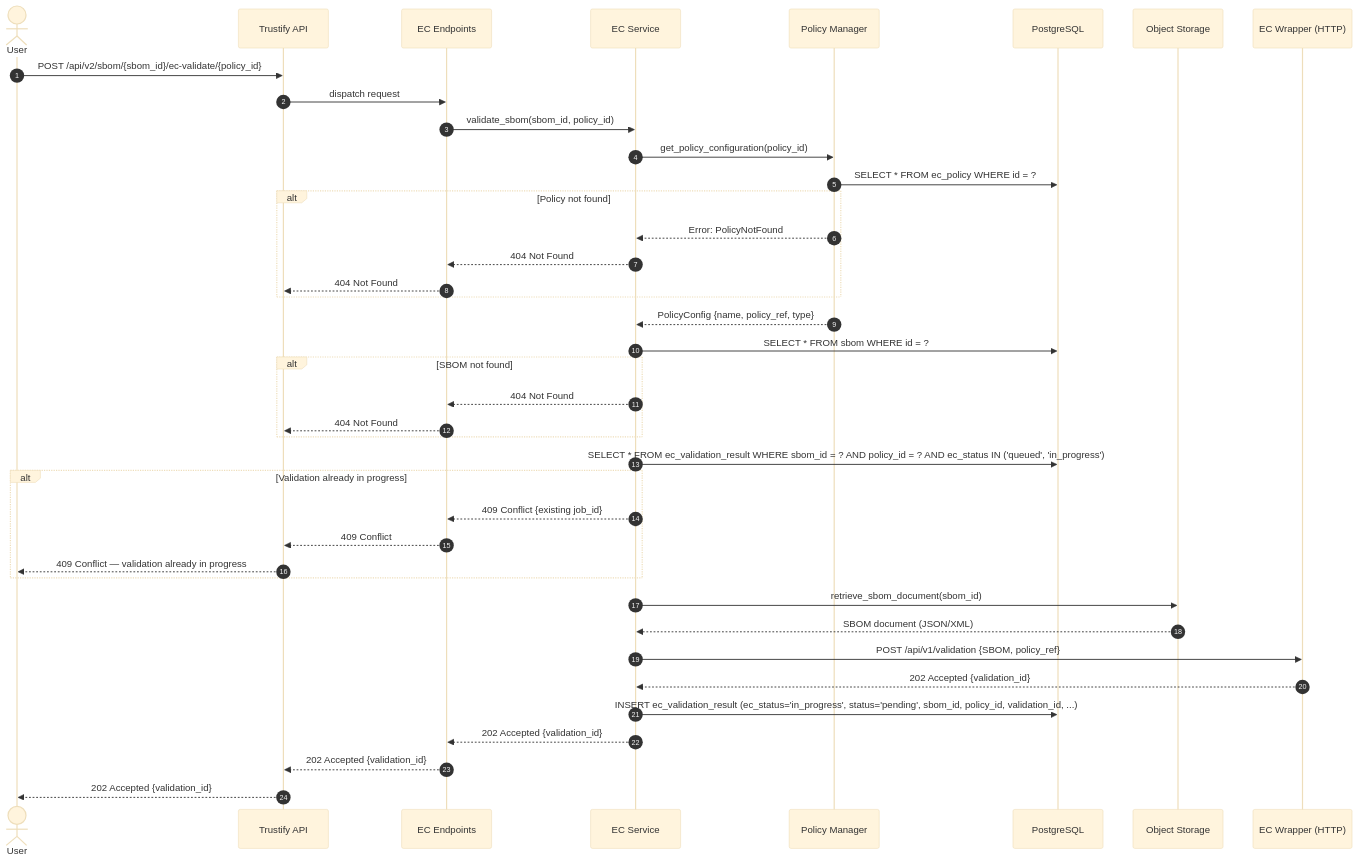
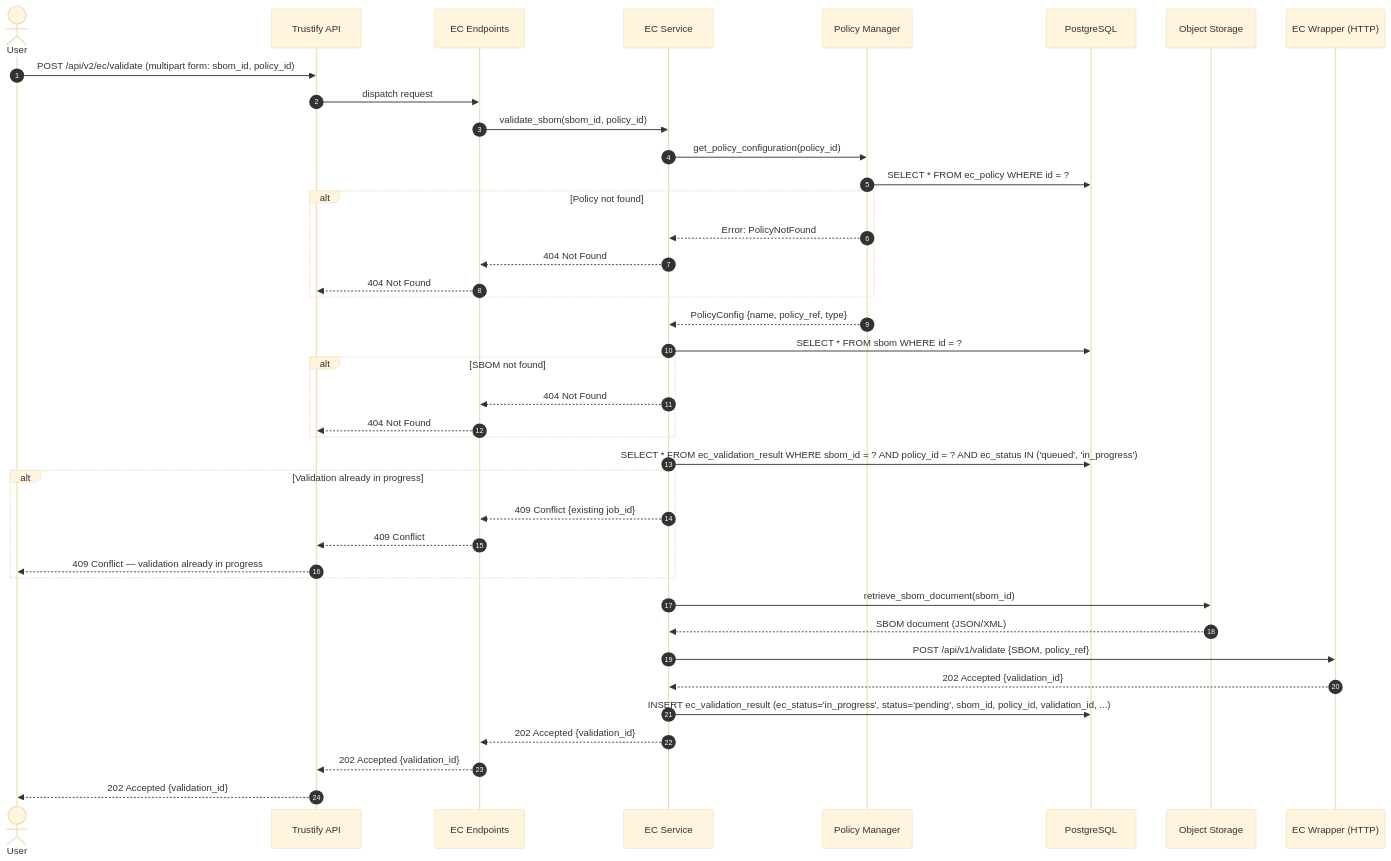
Before and after one commit to gildub/trustify: the fourth of 5 diagrams in docs/adrs/00014-enterprise-contract-integration.md, drawn with Mermaid (base theme). The commit also changed other lines of this file, not shown here.

````diff
--- a/docs/adrs/00014-enterprise-contract-integration.md
+++ b/docs/adrs/00014-enterprise-contract-integration.md
@@ -223,49 +223,49 @@
 ```mermaid
 sequenceDiagram
     autonumber
     actor User
     participant API as Trustify API
     participant EP as EC Endpoints
     participant VS as EC Service
     participant PM as Policy Manager
     participant DB as PostgreSQL
     participant S3 as Object Storage
     participant Wrapper as EC Wrapper (HTTP)
 
-    User->>API: POST /api/v2/sbom/{sbom_id}/ec-validate/{policy_id}
+    User->>API: POST /api/v2/ec/validate (multipart form: sbom_id, policy_id)
     API->>EP: dispatch request
     EP->>VS: validate_sbom(sbom_id, policy_id)
 
     VS->>PM: get_policy_configuration(policy_id)
     PM->>DB: SELECT * FROM ec_policy WHERE id = ?
     alt Policy not found
         PM-->>VS: Error: PolicyNotFound
         VS-->>EP: 404 Not Found
         EP-->>API: 404 Not Found
     end
     PM-->>VS: PolicyConfig {name, policy_ref, type}
 
     VS->>DB: SELECT * FROM sbom WHERE id = ?
     alt SBOM not found
         VS-->>EP: 404 Not Found
         EP-->>API: 404 Not Found
     end
 
     VS->>DB: SELECT * FROM ec_validation_result WHERE sbom_id = ? AND policy_id = ? AND ec_status IN ('queued', 'in_progress')
     alt Validation already in progress
         VS-->>EP: 409 Conflict {existing job_id}
         EP-->>API: 409 Conflict
         API-->>User: 409 Conflict — validation already in progress
     end
 
     VS->>S3: retrieve_sbom_document(sbom_id)
     S3-->>VS: SBOM document (JSON/XML)
 
-    VS->>Wrapper: POST /api/v1/validation {SBOM, policy_ref}
+    VS->>Wrapper: POST /api/v1/validate {SBOM, policy_ref}
     Wrapper-->>VS: 202 Accepted {validation_id}
 
     VS->>DB: INSERT ec_validation_result (ec_status='in_progress', status='pending', sbom_id, policy_id, validation_id, ...)
     VS-->>EP: 202 Accepted {validation_id}
     EP-->>API: 202 Accepted {validation_id}
     API-->>User: 202 Accepted {validation_id}
 ```
````
